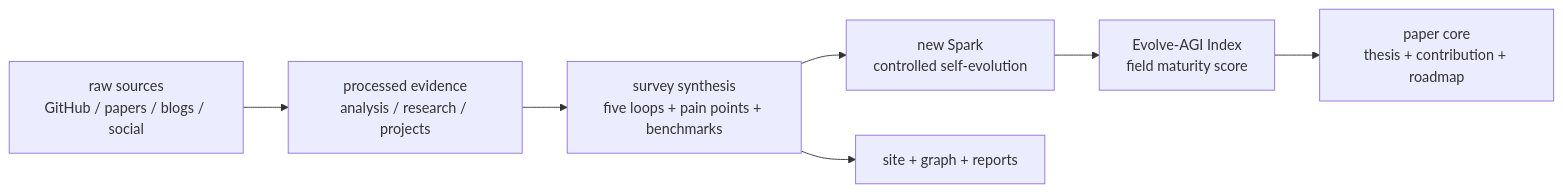
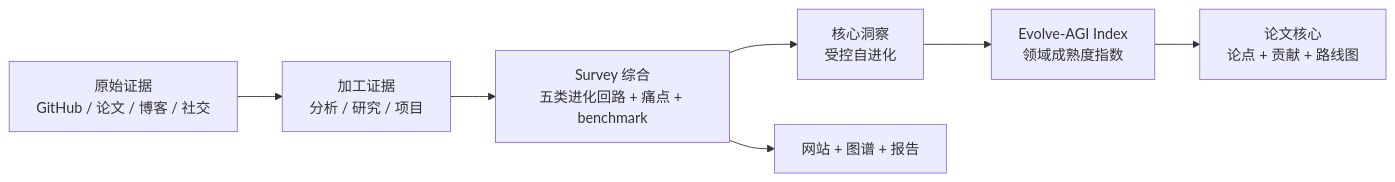
The first of 2 diagrams in README.md (Shiyao-Huang/awesome-agent-evolution), drawn with Mermaid before and after one commit. The commit also changed other lines of this file and 3 other files, not shown here.

````diff
--- a/README.md
+++ b/README.md
@@ -36,9 +36,9 @@
 ```mermaid
 flowchart LR
-  RAW["raw sources<br/>GitHub / papers / blogs / social"] --> PROC["processed evidence<br/>analysis / research / projects"]
-  PROC --> SURVEY["survey synthesis<br/>five loops + pain points + benchmarks"]
-  SURVEY --> SPARK["new Spark<br/>controlled self-evolution"]
-  SPARK --> EAI["Evolve-AGI Index<br/>field maturity score"]
-  EAI --> PAPER["paper core<br/>thesis + contribution + roadmap"]
-  SURVEY --> SITE["site + graph + reports"]
+  RAW["原始证据<br/>GitHub / 论文 / 博客 / 社交"] --> PROC["加工证据<br/>分析 / 研究 / 项目"]
+  PROC --> SURVEY["Survey 综合<br/>五类进化回路 + 痛点 + benchmark"]
+  SURVEY --> SPARK["核心洞察<br/>受控自进化"]
+  SPARK --> EAI["Evolve-AGI Index<br/>领域成熟度指数"]
+  EAI --> PAPER["论文核心<br/>论点 + 贡献 + 路线图"]
+  SURVEY --> SITE["网站 + 图谱 + 报告"]
 ```
````
